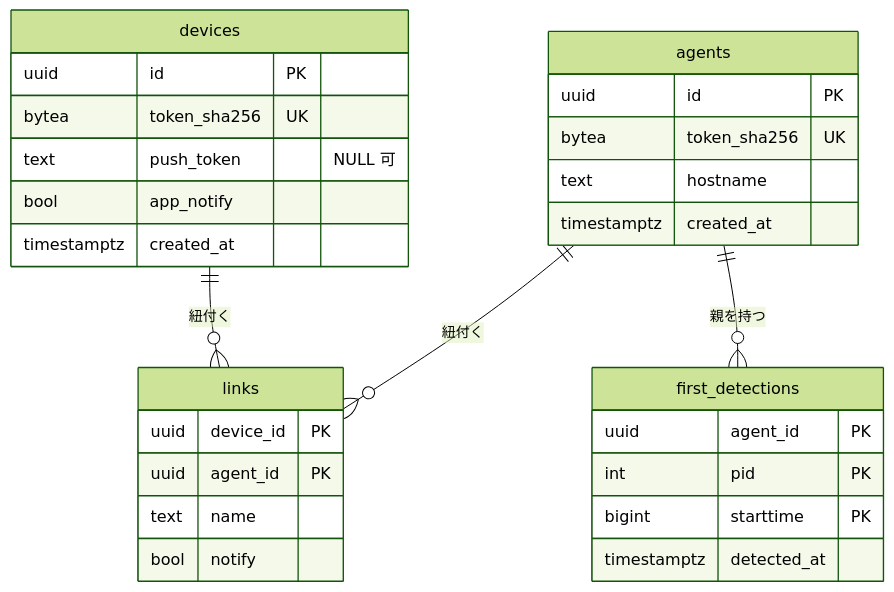
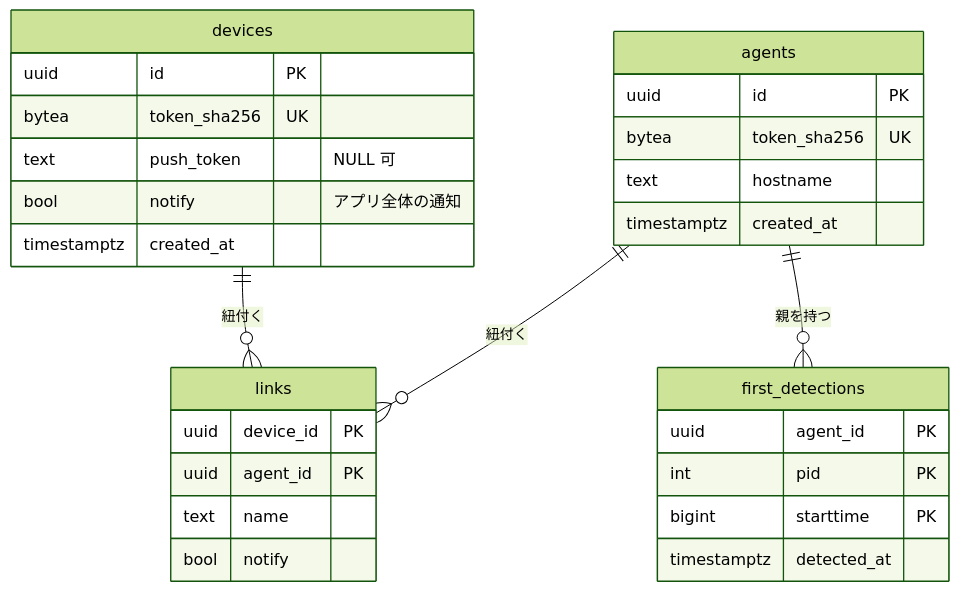
Before and after one commit to sumiredc/killy: the second of 2 diagrams in .kiro/specs/relay-and-pairing/design.md, drawn with Mermaid (forest theme). The commit also changed other lines of this file and 1 other file, not shown here.

````diff
--- a/.kiro/specs/relay-and-pairing/design.md
+++ b/.kiro/specs/relay-and-pairing/design.md
@@ -44,31 +44,31 @@
 ```mermaid
 erDiagram
   agents ||--o{ links : "紐付く"
   devices ||--o{ links : "紐付く"
   agents ||--o{ first_detections : "親を持つ"
   agents {
     uuid id PK
     bytea token_sha256 UK
     text hostname
     timestamptz created_at
   }
   devices {
     uuid id PK
     bytea token_sha256 UK
     text push_token "NULL 可"
-    bool app_notify
+    bool notify "アプリ全体の通知"
     timestamptz created_at
   }
   links {
     uuid device_id PK
     uuid agent_id PK
     text name
     bool notify
   }
   first_detections {
     uuid agent_id PK
     int pid PK
     bigint starttime PK
     timestamptz detected_at
   }
 ```
````
